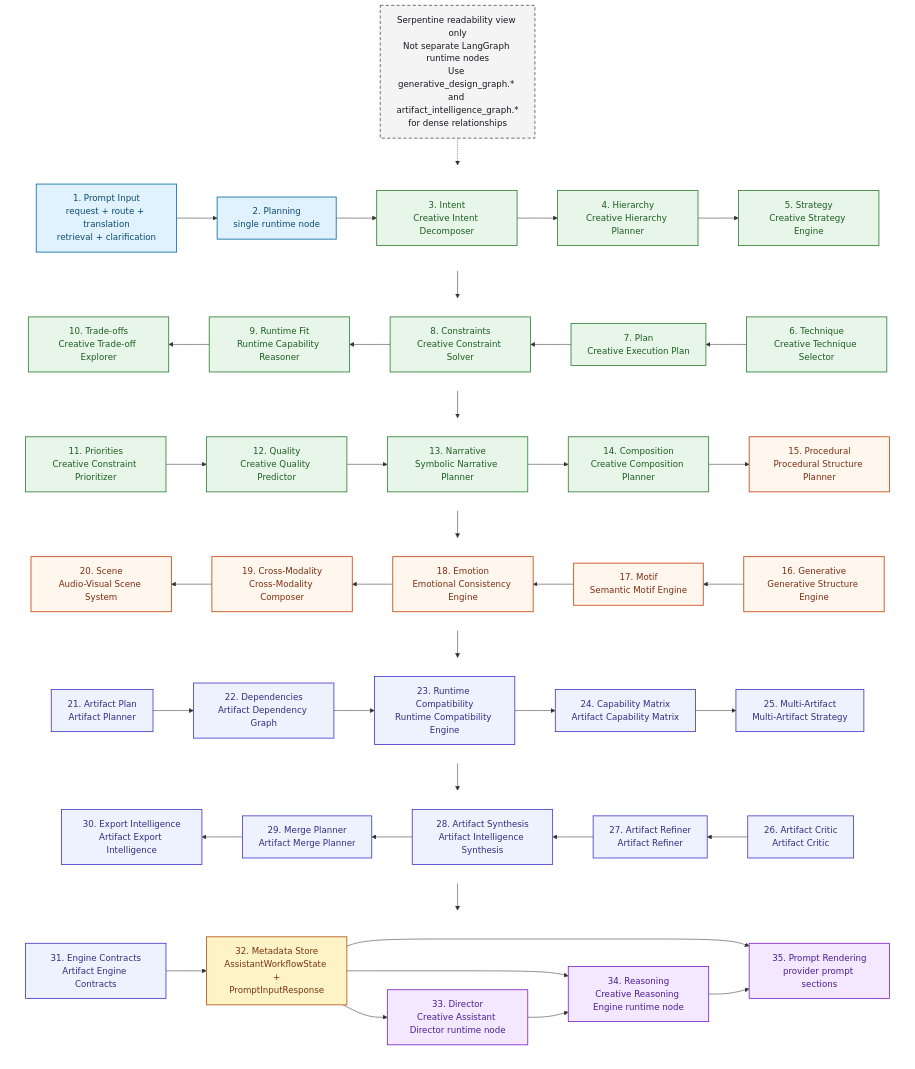
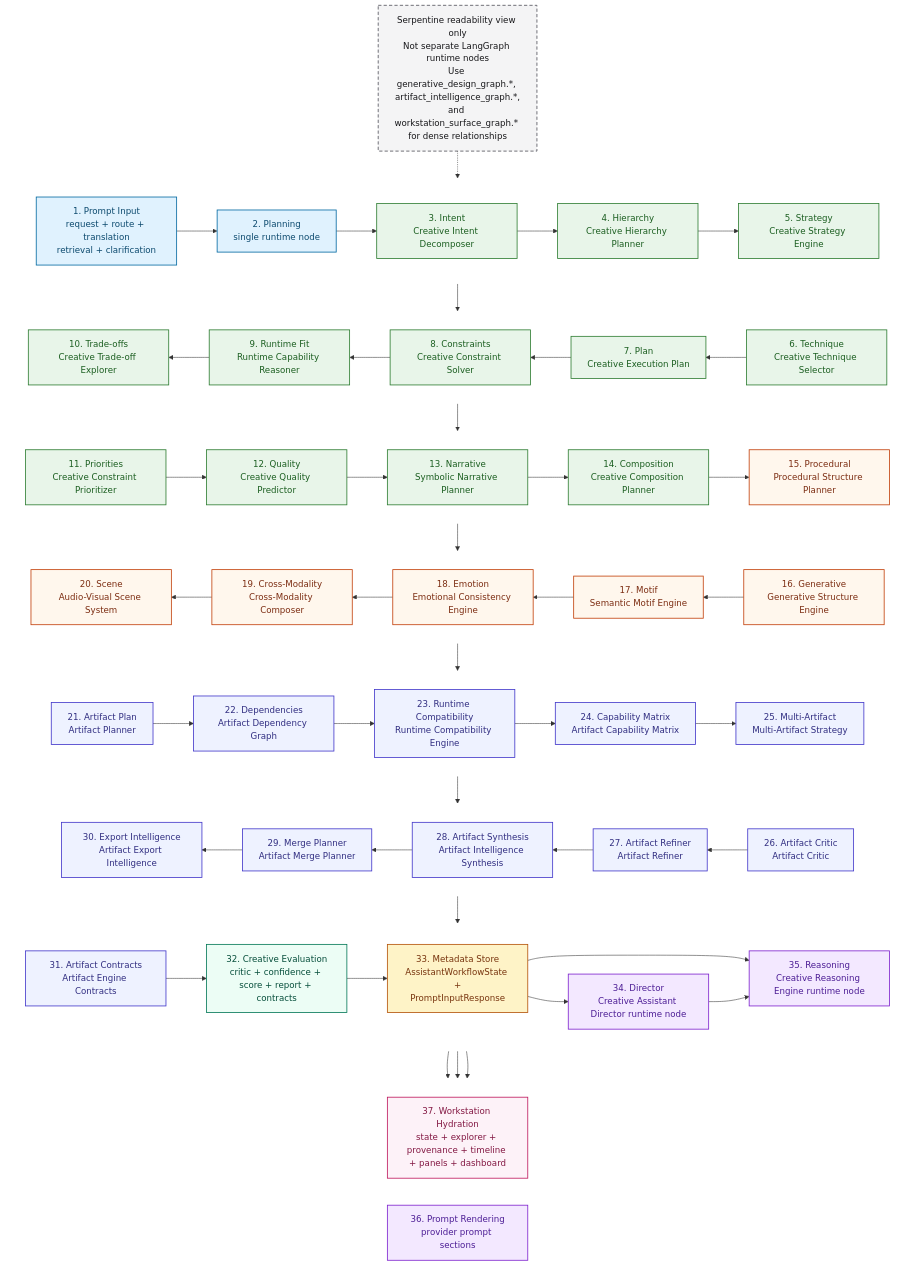
One commit to lmguerrini/creative-coding-assistant changed the diagram in architecture/creative_intelligence_graph.md. Above: the diagram before and after it, drawn with Mermaid. The commit also changed other lines of this file and 11 other files, not shown here.

First line of the commit message:
Document workstation surface architecture

````diff
--- a/architecture/creative_intelligence_graph.md
+++ b/architecture/creative_intelligence_graph.md
@@ -45,8 +50,10 @@
     classDef cognition fill:#E8F5E9,stroke:#2E7D32,color:#1B5E20,stroke-width:1.5px;
     classDef design fill:#FFF7ED,stroke:#C2410C,color:#7C2D12,stroke-width:1.5px;
     classDef artifact fill:#EEF2FF,stroke:#4338CA,color:#312E81,stroke-width:1.5px;
+    classDef evaluation fill:#ECFDF5,stroke:#047857,color:#064E3B,stroke-width:1.5px;
     classDef store fill:#FEF3C7,stroke:#B45309,color:#78350F,stroke-width:1.5px;
     classDef consumer fill:#F3E8FF,stroke:#7E22CE,color:#4C1D95,stroke-width:1.5px;
+    classDef workstation fill:#FDF2F8,stroke:#BE185D,color:#831843,stroke-width:1.5px;
     classDef note fill:#F4F4F5,stroke:#52525B,color:#18181B,stroke-width:1.5px,stroke-dasharray: 6 4;
 
     subgraph row_1[" "]
@@ -105,14 +112,20 @@
 
     subgraph row_7[" "]
         direction LR
-        contracts["31. Engine Contracts<br/>Artifact Engine Contracts"]:::artifact
-        metadata_store["32. Metadata Store<br/>AssistantWorkflowState +<br/>PromptInputResponse"]:::store
-        director["33. Director<br/>Creative Assistant Director runtime node"]:::consumer
-        reasoning["34. Reasoning<br/>Creative Reasoning Engine runtime node"]:::consumer
-        prompt_rendering["35. Prompt Rendering<br/>provider prompt sections"]:::consumer
+        contracts["31. Artifact Contracts<br/>Artifact Engine Contracts"]:::artifact
+        evaluation["32. Creative Evaluation<br/>critic + confidence + score + report + contracts"]:::evaluation
+        metadata_store["33. Metadata Store<br/>AssistantWorkflowState +<br/>PromptInputResponse"]:::store
+        director["34. Director<br/>Creative Assistant Director runtime node"]:::consumer
+        reasoning["35. Reasoning<br/>Creative Reasoning Engine runtime node"]:::consumer
     end
 
-    note["Serpentine readability view only<br/>Not separate LangGraph runtime nodes<br/>Use generative_design_graph.* and artifact_intelligence_graph.*<br/>for dense relationships"]:::note
+    subgraph row_8[" "]
+        direction RL
+        workstation["37. Workstation Hydration<br/>state + explorer + provenance + timeline + panels + dashboard"]:::workstation
+        prompt_rendering["36. Prompt Rendering<br/>provider prompt sections"]:::consumer
+    end
+
+    note["Serpentine readability view only<br/>Not separate LangGraph runtime nodes<br/>Use generative_design_graph.*, artifact_intelligence_graph.*,<br/>and workstation_surface_graph.* for dense relationships"]:::note
 
     prompt_input --> planning --> intent --> hierarchy --> strategy
     strategy --> techniques --> plan --> constraints --> runtime_reasoner --> tradeoffs
@@ -120,10 +133,11 @@
     procedural --> generative --> motif --> emotion --> cross --> scene
     scene --> artifact_plan --> dependency --> compatibility --> capability --> artifact_strategy
     artifact_strategy --> artifact_critic --> artifact_refiner --> artifact_synthesis --> merge_planner --> export_intelligence
-    export_intelligence --> contracts --> metadata_store
+    export_intelligence --> contracts --> evaluation --> metadata_store
     metadata_store --> director
     metadata_store --> reasoning
     metadata_store --> prompt_rendering
+    metadata_store --> workstation
     director --> reasoning --> prompt_rendering
     note -.-> planning
 
@@ -134,4 +148,5 @@
     style row_5 fill:none,stroke:none
     style row_6 fill:none,stroke:none
     style row_7 fill:none,stroke:none
+    style row_8 fill:none,stroke:none
 ```
````
